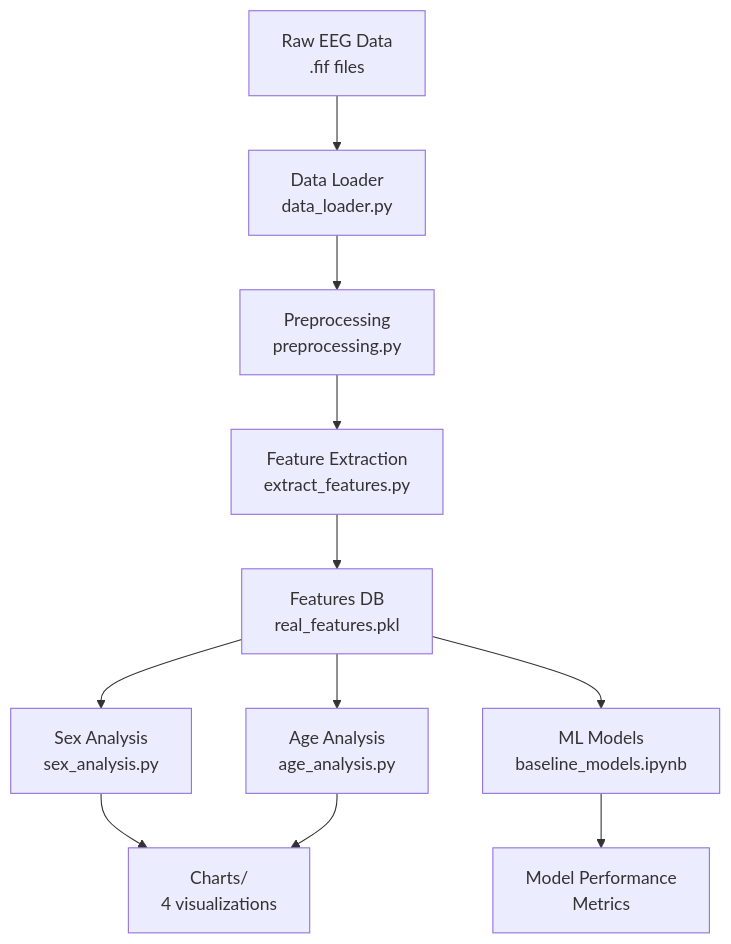
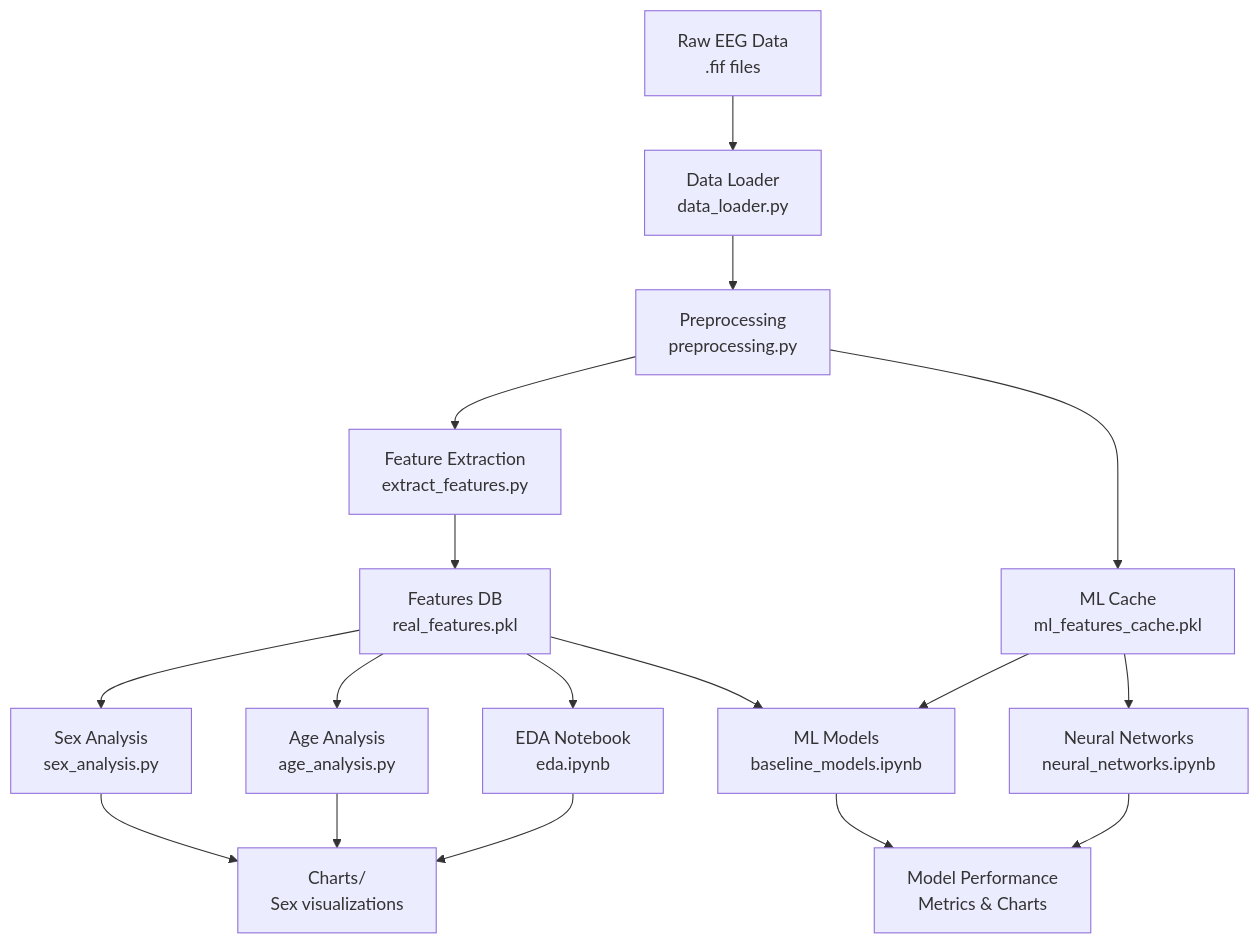
The first of 4 diagrams in README.md (wsparcie/ai-ml-neuron-rekrutacja-2025), drawn with Mermaid before and after one commit. The commit also changed other lines of this file, not shown here.

````diff
--- a/README.md
+++ b/README.md
@@ -41,14 +69,19 @@
 ```mermaid
 graph TD
     A[Raw EEG Data<br/>.fif files] --> B[Data Loader<br/>data_loader.py]
     B --> C[Preprocessing<br/>preprocessing.py]
     C --> D[Feature Extraction<br/>extract_features.py]
     D --> E[Features DB<br/>real_features.pkl]
     E --> F[Sex Analysis<br/>sex_analysis.py]
     E --> G[Age Analysis<br/>age_analysis.py]
-    E --> H[ML Models<br/>baseline_models.ipynb]
-    F --> I[Charts/<br/>4 visualizations]
-    G --> I
-    H --> J[Model Performance<br/>Metrics]
-
+    E --> H[EDA Notebook<br/>eda.ipynb]
+    E --> I[ML Models<br/>baseline_models.ipynb]
+    C --> J[ML Cache<br/>ml_features_cache.pkl]
+    J --> I
+    J --> K[Neural Networks<br/>neural_networks.ipynb]
+    F --> L[Charts/<br/>Sex visualizations]
+    G --> L
+    H --> L
+    I --> M[Model Performance<br/>Metrics & Charts]
+    K --> M
 ```
````
